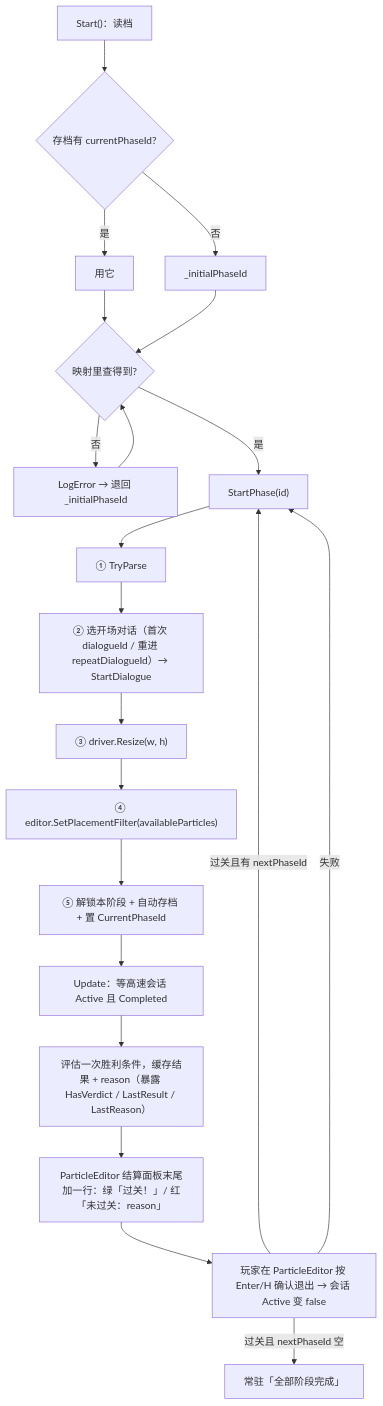
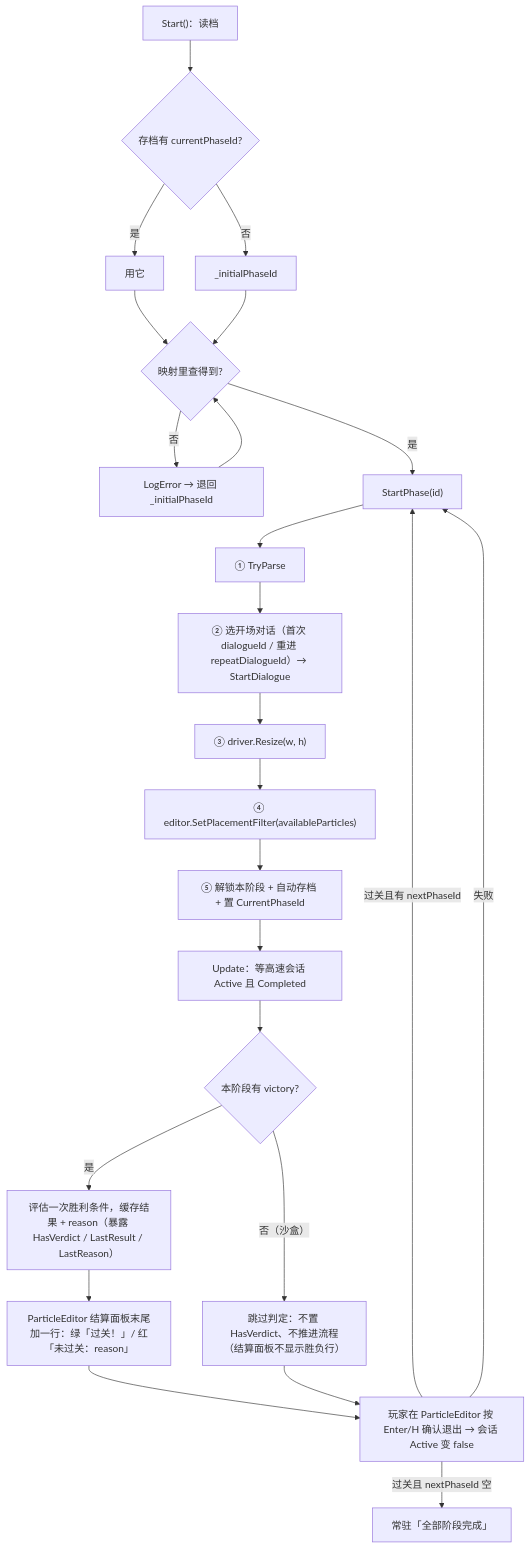
Before and after one commit to liziluyu/ThreeDaysofGenesis: the first of 2 diagrams in docs/GameFlow.md, drawn with Mermaid. The commit also changed other lines of this file and 61 other files, not shown here.

````diff
--- a/docs/GameFlow.md
+++ b/docs/GameFlow.md
@@ -164,23 +173,26 @@
 ```mermaid
 flowchart TD
     A["Start()：读档"] --> B{存档有 currentPhaseId?}
     B -- 是 --> C[用它]
     B -- 否 --> D[_initialPhaseId]
     C --> E{映射里查得到?}
     D --> E
     E -- 否 --> F[LogError → 退回 _initialPhaseId]
     F --> E
     E -- 是 --> G["StartPhase(id)"]
     G --> H["① TryParse"]
     H --> I["② 选开场对话（首次 dialogueId / 重进 repeatDialogueId）→ StartDialogue"]
     I --> J["③ driver.Resize(w, h)"]
     J --> K["④ editor.SetPlacementFilter(availableParticles)"]
     K --> L["⑤ 解锁本阶段 + 自动存档 + 置 CurrentPhaseId"]
     L --> M["Update：等高速会话 Active 且 Completed"]
-    M --> N["评估一次胜利条件，缓存结果 + reason（暴露 HasVerdict / LastResult / LastReason）"]
-    N --> O["ParticleEditor 结算面板末尾加一行：绿「过关！」/ 红「未过关：reason」"]
+    M --> N{"本阶段有 victory?"}
+    N -- 是 --> N2["评估一次胜利条件，缓存结果 + reason（暴露 HasVerdict / LastResult / LastReason）"]
+    N -- 否（沙盒）--> N3["跳过判定：不置 HasVerdict、不推进流程（结算面板不显示胜负行）"]
+    N2 --> O["ParticleEditor 结算面板末尾加一行：绿「过关！」/ 红「未过关：reason」"]
     O --> P["玩家在 ParticleEditor 按 Enter/H 确认退出 → 会话 Active 变 false"]
     P -- 过关且 nextPhaseId 空 --> Q["常驻「全部阶段完成」"]
     P -- 过关且有 nextPhaseId --> G
     P -- 失败 --> G
+    N3 --> P
 ```
````
